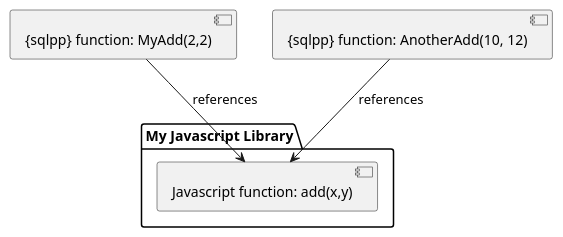
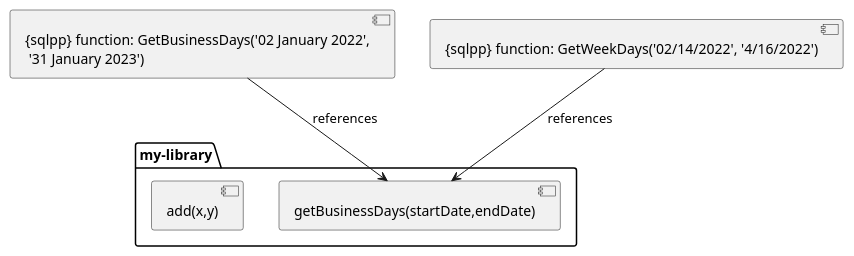
One commit to couchbase/docs-server changed the first of 3 diagrams in modules/guides/partials/javascript-udfs/diagrams-plantuml.adoc. Above: the diagram before and after it, drawn with PlantUML. The commit also changed 16 other files, not shown here.

```diff
--- a/modules/guides/partials/javascript-udfs/diagrams-plantuml.adoc
+++ b/modules/guides/partials/javascript-udfs/diagrams-plantuml.adoc
@@ -2,13 +2,15 @@
 [plantuml, subs="attributes"]
 ....
 @startuml
 
-package "My Javascript Library" {
-  [Javascript function: add(x,y)] as jsFunction
+package "my-library" {
+  [getBusinessDays(startDate,endDate)] as jsGBDFunction
+  [add(x,y)]
+  
 }
 
-[{sqlpp} function: MyAdd(2,2)] --> jsFunction : references
-[{sqlpp} function: AnotherAdd(10, 12)] --> jsFunction : references
+[{sqlpp} function: GetBusinessDays('02 January 2022',\n '31 January 2023')] --> jsGBDFunction : references
+[{sqlpp} function: GetWeekDays('02/14/2022', '4/16/2022')] --> jsGBDFunction : references
 
 @enduml
 ....
```
